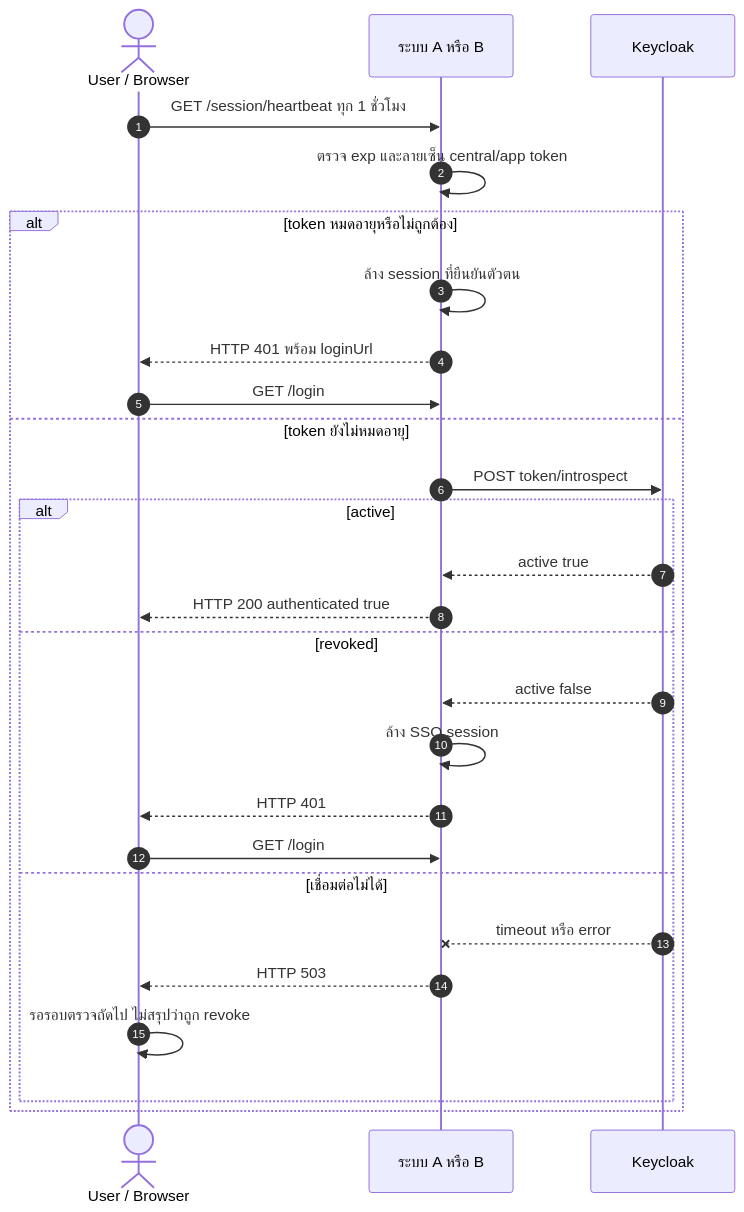
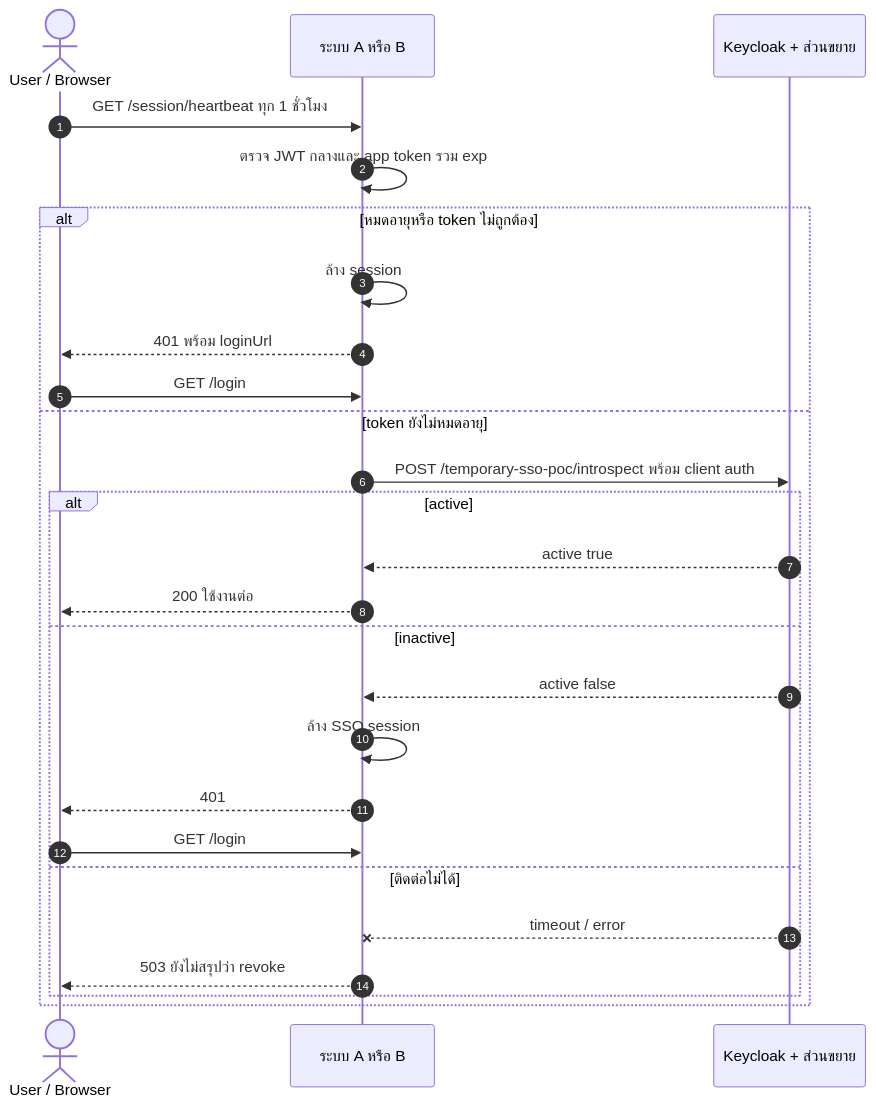
Diagram 13 of 20 in docs/flows/LOGIN-AND-SESSION.md (Sin1apachai/poc_sso), drawn with Mermaid before and after one commit. The commit also changed other lines of this file and 149 other files, not shown here.

First line of the commit message:
Use one shared SSO token and simplify login handoff

````diff
--- a/docs/flows/LOGIN-AND-SESSION.md
+++ b/docs/flows/LOGIN-AND-SESSION.md
@@ -301,29 +316,28 @@
 ```mermaid
 sequenceDiagram
     autonumber
-    actor U as User / Browser
+actor U as User / Browser
     participant A as ระบบ A หรือ B
-    participant K as Keycloak
+    participant K as Keycloak + ส่วนขยาย
     U->>A: GET /session/heartbeat ทุก 1 ชั่วโมง
-    A->>A: ตรวจ exp และลายเซ็น central/app token
-    alt token หมดอายุหรือไม่ถูกต้อง
-        A->>A: ล้าง session ที่ยืนยันตัวตน
-        A-->>U: HTTP 401 พร้อม loginUrl
+    A->>A: ตรวจ JWT กลางและ app token รวม exp
+    alt หมดอายุหรือ token ไม่ถูกต้อง
+        A->>A: ล้าง session
+        A-->>U: 401 พร้อม loginUrl
         U->>A: GET /login
     else token ยังไม่หมดอายุ
-        A->>K: POST token/introspect
+        A->>K: POST /temporary-sso-poc/introspect พร้อม client auth
         alt active
             K-->>A: active true
-            A-->>U: HTTP 200 authenticated true
-        else revoked
+            A-->>U: 200 ใช้งานต่อ
+        else inactive
             K-->>A: active false
             A->>A: ล้าง SSO session
-            A-->>U: HTTP 401
+            A-->>U: 401
             U->>A: GET /login
-        else เชื่อมต่อไม่ได้
-            K--xA: timeout หรือ error
-            A-->>U: HTTP 503
-            U->>U: รอรอบตรวจถัดไป ไม่สรุปว่าถูก revoke
+        else ติดต่อไม่ได้
+            K--xA: timeout / error
+            A-->>U: 503 ยังไม่สรุปว่า revoke
         end
     end
 ```
````
